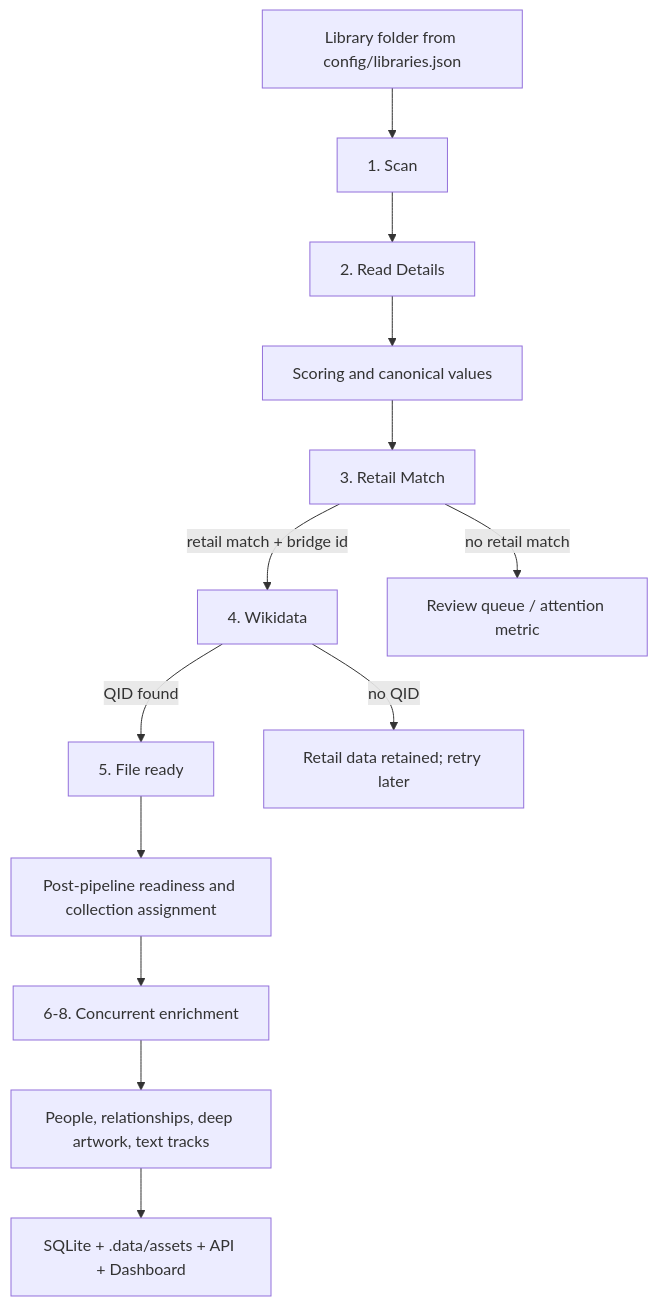
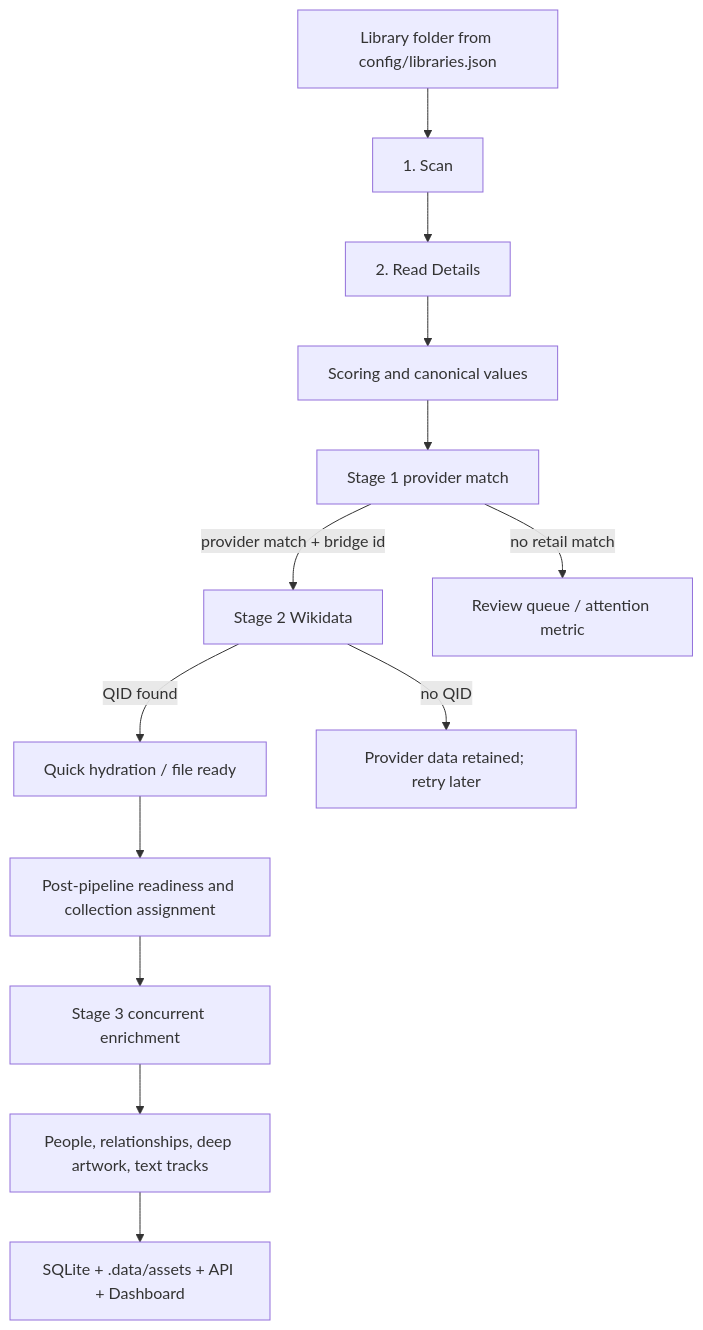
One commit to Tuvima/tuvima_library changed the diagram in docs/architecture/ingestion-identity-enrichment-pipeline.md. Above: the diagram before and after it, drawn with Mermaid. The commit also changed other lines of this file and 61 other files, not shown here.

````diff
--- a/docs/architecture/ingestion-identity-enrichment-pipeline.md
+++ b/docs/architecture/ingestion-identity-enrichment-pipeline.md
@@ -9,15 +9,15 @@
 ```mermaid
 flowchart TD
     A["Library folder from config/libraries.json"] --> B["1. Scan"]
     B --> C["2. Read Details"]
     C --> D["Scoring and canonical values"]
-    D --> E["3. Retail Match"]
-    E -->|retail match + bridge id| F["4. Wikidata"]
+    D --> E["Stage 1 provider match"]
+    E -->|provider match + bridge id| F["Stage 2 Wikidata"]
     E -->|no retail match| R["Review queue / attention metric"]
-    F -->|QID found| G["5. File ready"]
-    F -->|no QID| H["Retail data retained; retry later"]
+    F -->|QID found| G["Quick hydration / file ready"]
+    F -->|no QID| H["Provider data retained; retry later"]
     G --> I["Post-pipeline readiness and collection assignment"]
-    I --> J["6-8. Concurrent enrichment"]
+    I --> J["Stage 3 concurrent enrichment"]
     J --> K["People, relationships, deep artwork, text tracks"]
     K --> L["SQLite + .data/assets + API + Dashboard"]
 ```
````
